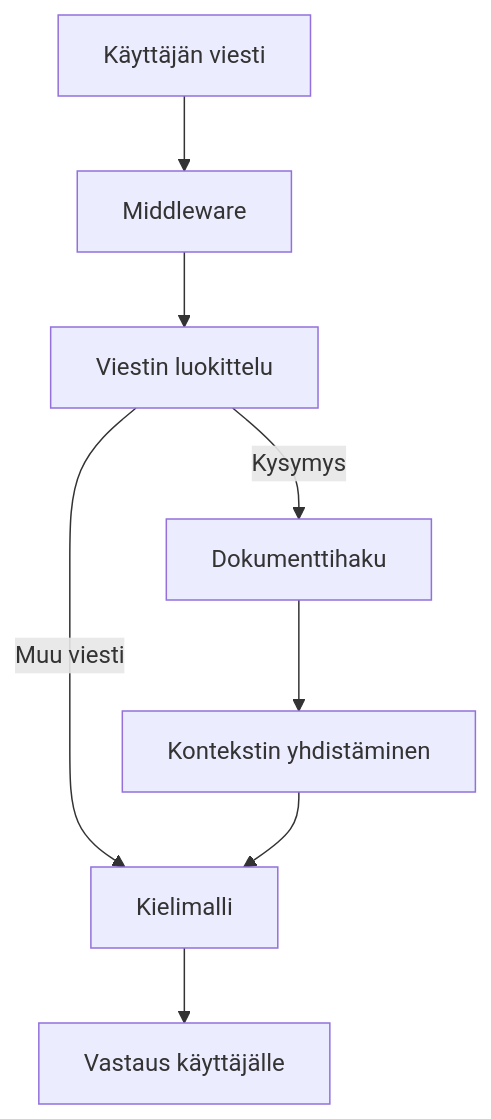
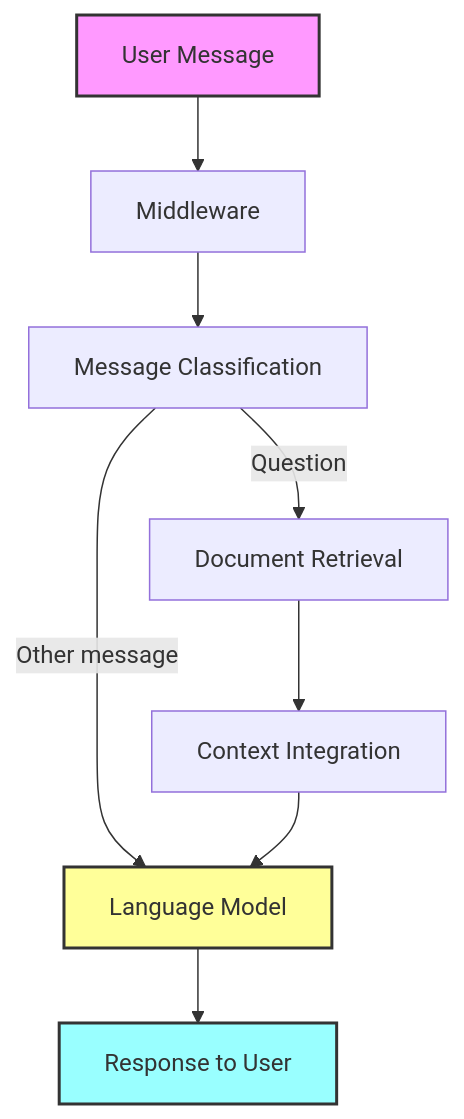
One commit to laguagu/riviera-vintage changed the diagram in README.md. Above: the diagram before and after it, drawn with Mermaid.

````diff
--- a/README.md
+++ b/README.md
@@ -215,10 +215,14 @@
 ```mermaid
 graph TD
-   A[Käyttäjän viesti] --> B[Middleware]
-   B --> C[Viestin luokittelu]
-   C -- Kysymys --> D[Dokumenttihaku]
-   D --> E[Kontekstin yhdistäminen]
-   C -- Muu viesti --> F[Kielimalli]
-   E --> F
-   F --> G[Vastaus käyttäjälle]
+    A[User Message] --> B[Middleware]
+    B --> C[Message Classification]
+    C -- Question --> D[Document Retrieval]
+    D --> E[Context Integration]
+    C -- Other message --> F[Language Model]
+    E --> F
+    F --> G[Response to User]
+
+    style A fill:#f9f,stroke:#333,stroke-width:2px
+    style G fill:#9ff,stroke:#333,stroke-width:2px
+    style F fill:#ff9,stroke:#333,stroke-width:2px
 ```
````
